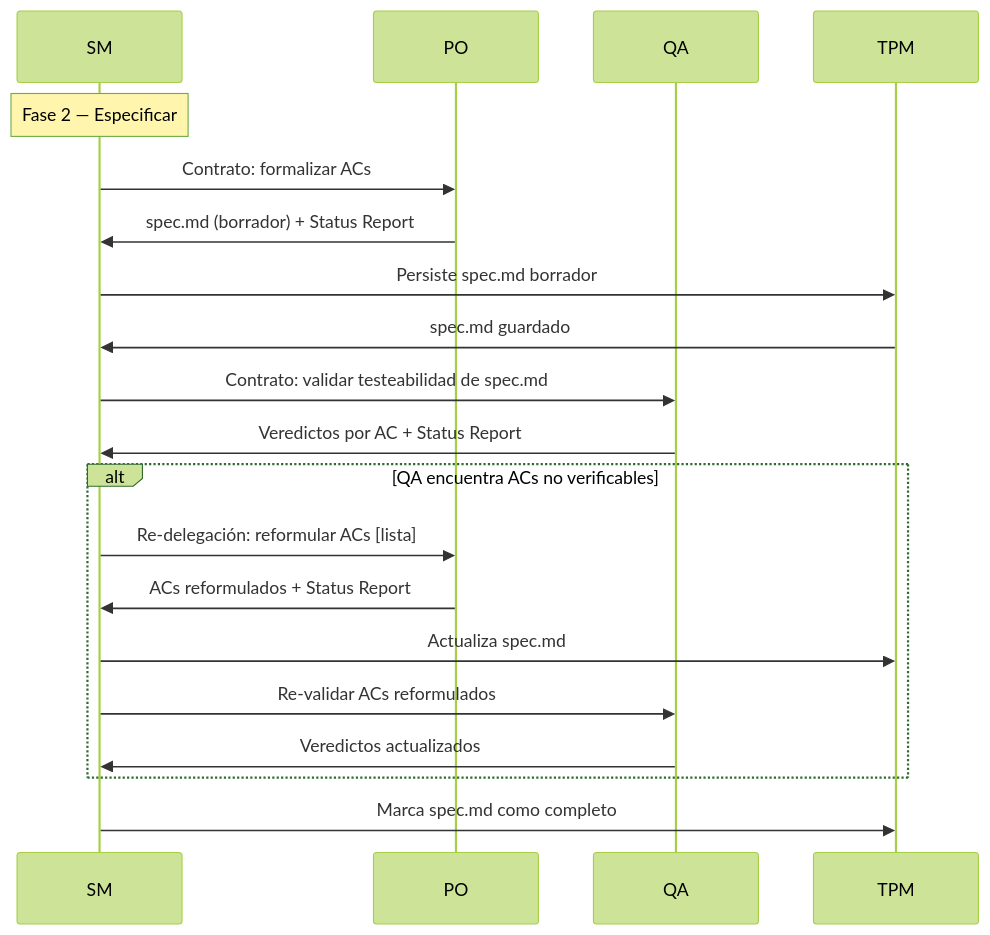
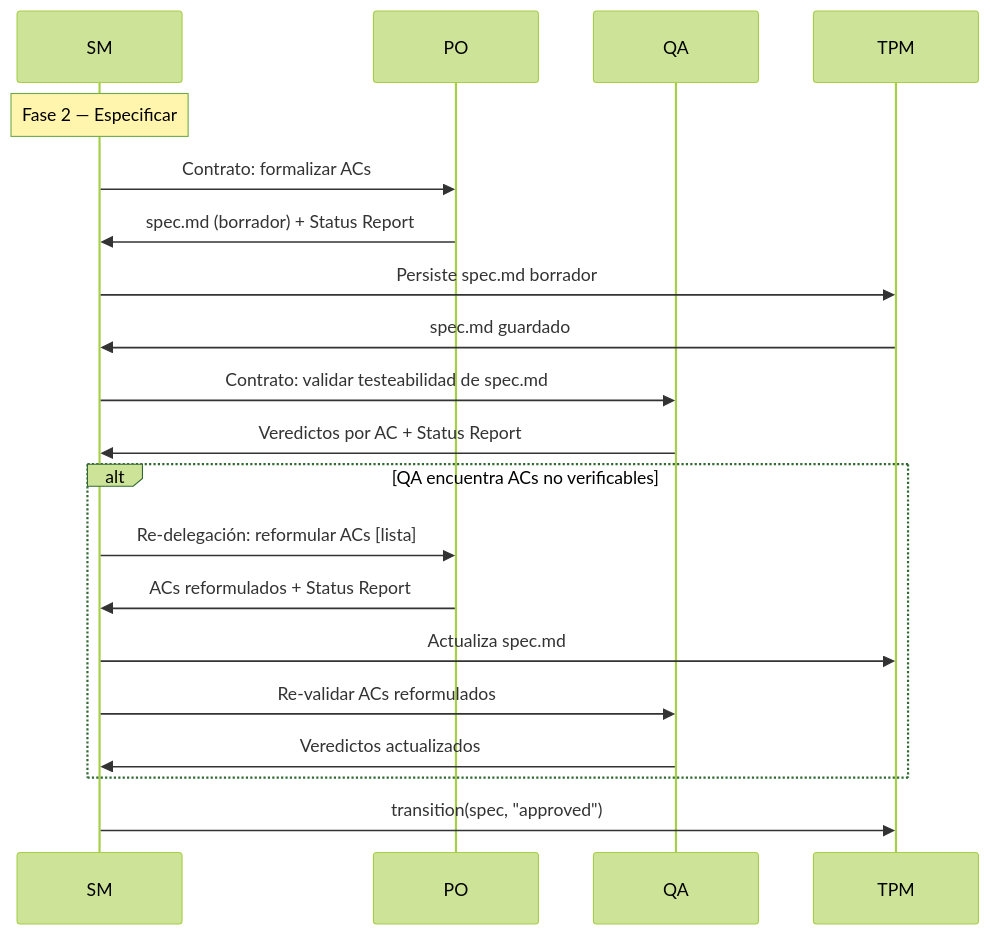
One commit to virgenherrera/idea-to-mvp changed diagram 12 of 14 in docs/role-profiles.md. Above: the diagram before and after it, drawn with Mermaid (forest theme). The commit also changed other lines of this file and 4 other files, not shown here.

````diff
--- a/docs/role-profiles.md
+++ b/docs/role-profiles.md
@@ -700,27 +706,27 @@
 ```mermaid
 sequenceDiagram
     participant SM
     participant PO
     participant QA
     participant TPM
 
     Note over SM: Fase 2 — Especificar
 
     SM->>PO: Contrato: formalizar ACs
     PO->>SM: spec.md (borrador) + Status Report
     SM->>TPM: Persiste spec.md borrador
     TPM->>SM: spec.md guardado
 
     SM->>QA: Contrato: validar testeabilidad de spec.md
     QA->>SM: Veredictos por AC + Status Report
 
     alt QA encuentra ACs no verificables
         SM->>PO: Re-delegación: reformular ACs [lista]
         PO->>SM: ACs reformulados + Status Report
         SM->>TPM: Actualiza spec.md
         SM->>QA: Re-validar ACs reformulados
         QA->>SM: Veredictos actualizados
     end
 
-    SM->>TPM: Marca spec.md como completo
+    SM->>TPM: transition(spec, "approved")
 ```
````
